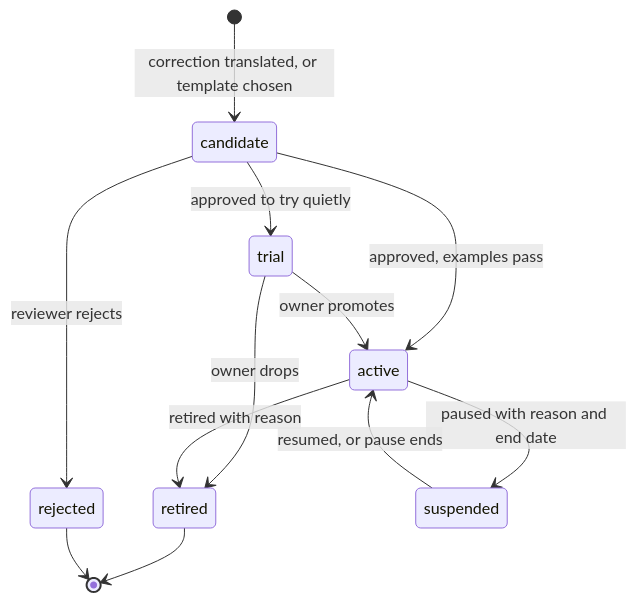
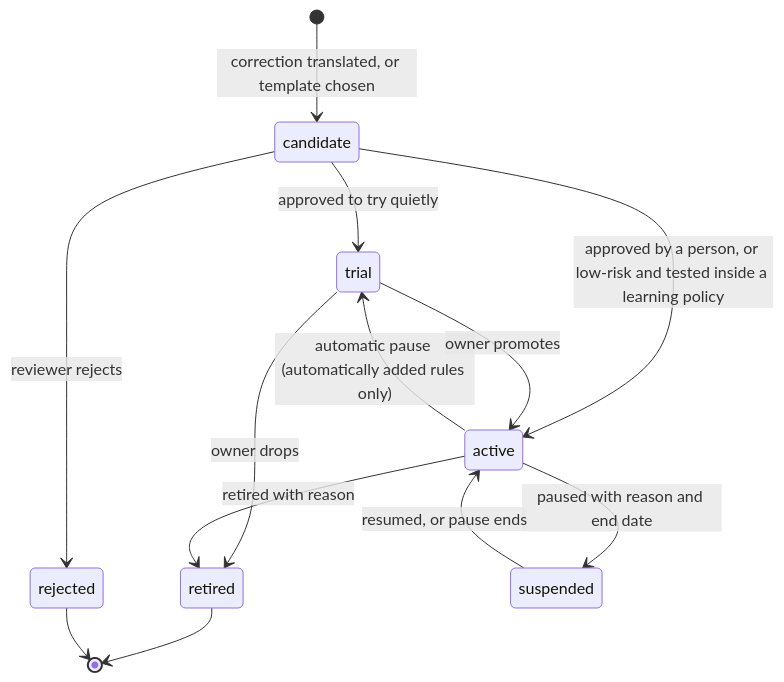
One commit to somethingwentwell/correction-layer changed the second of 3 diagrams in docs/03-architecture.md. Above: the diagram before and after it, drawn with Mermaid. The commit also changed other lines of this file and 42 other files, not shown here.

````diff
--- a/docs/03-architecture.md
+++ b/docs/03-architecture.md
@@ -129,14 +133,15 @@
 ```mermaid
 stateDiagram-v2
     [*] --> candidate: correction translated, or template chosen
     candidate --> rejected: reviewer rejects
     candidate --> trial: approved to try quietly
-    candidate --> active: approved, examples pass
+    candidate --> active: approved by a person, or low-risk and tested inside a learning policy
+    active --> trial: automatic pause (automatically added rules only)
     trial --> active: owner promotes
     trial --> retired: owner drops
     active --> suspended: paused with reason and end date
     suspended --> active: resumed, or pause ends
     active --> retired: retired with reason
     retired --> [*]
     rejected --> [*]
 ```
````
